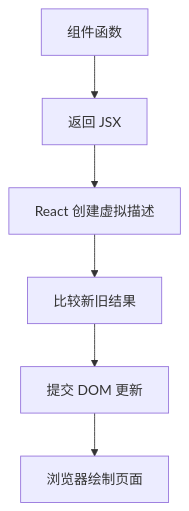
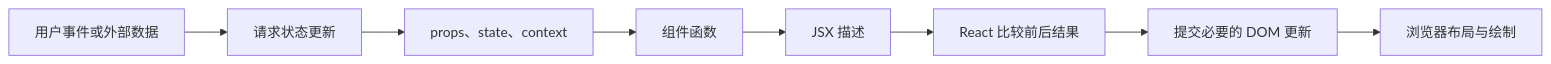
The first of 19 diagrams in docs/react/visual-guide.md (yokry-he/yok-study-web), drawn with Mermaid before and after one commit. The commit also changed other lines of this file and 14 other files, not shown here.

````diff
--- a/docs/react/visual-guide.md
+++ b/docs/react/visual-guide.md
@@ -20,8 +25,10 @@
 ```mermaid
-flowchart TD
-  A[组件函数] --> B[返回 JSX]
-  B --> C[React 创建虚拟描述]
-  C --> D[比较新旧结果]
-  D --> E[提交 DOM 更新]
-  E --> F[浏览器绘制页面]
+flowchart LR
+  A["props、state、context"] --> B["组件函数"]
+  B --> C["JSX 描述"]
+  C --> D["React 比较前后结果"]
+  D --> E["提交必要的 DOM 更新"]
+  E --> F["浏览器布局与绘制"]
+  G["用户事件或外部数据"] --> H["请求状态更新"]
+  H --> A
 ```
````
